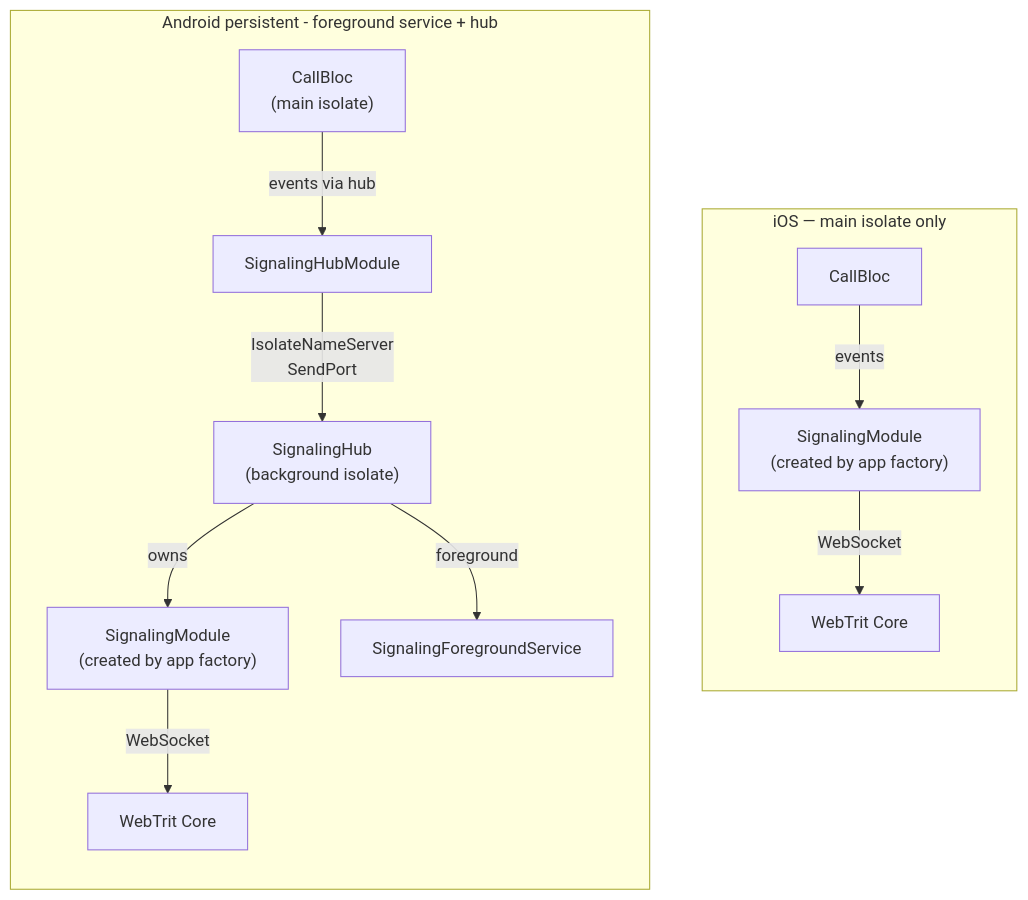
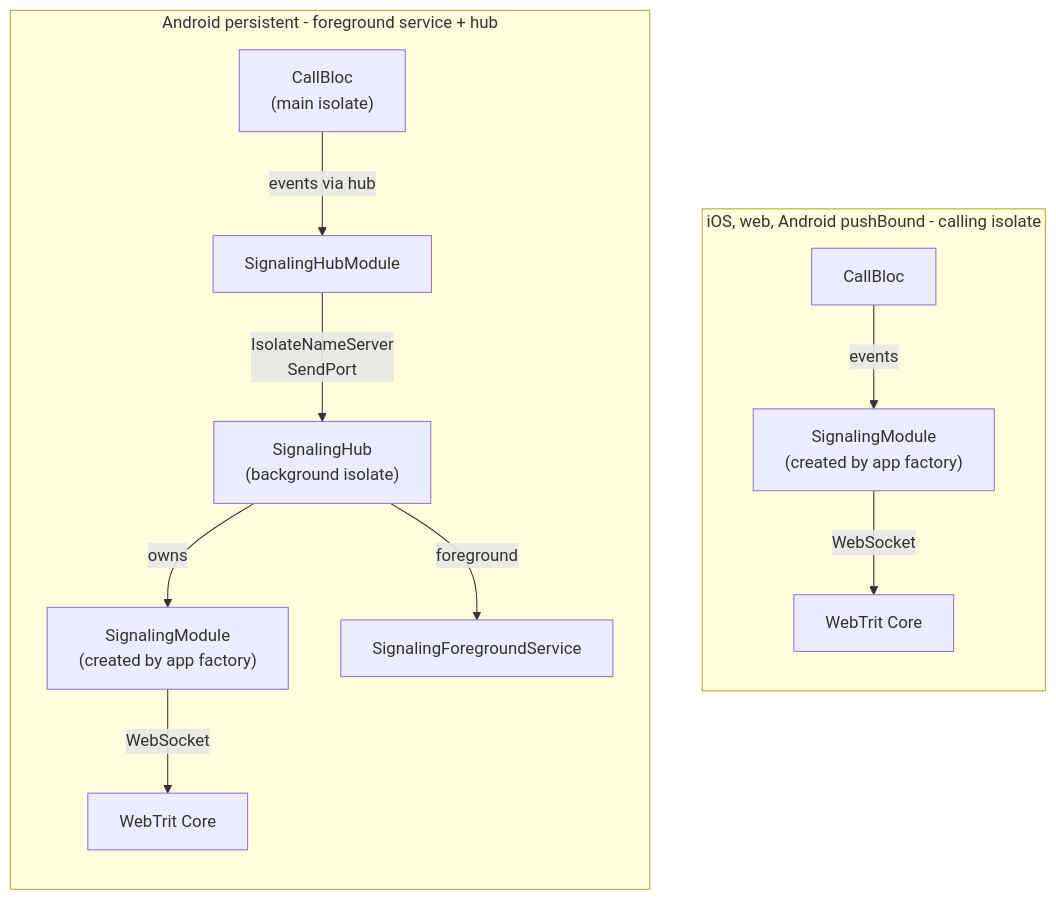
The third of 6 diagrams in phone/packages/signaling_service/ARCHITECTURE.md (portaone/porta-phone-mobile-app), drawn with Mermaid before and after one commit. The commit also changed other lines of this file and 43 other files, not shown here.

````diff
--- a/phone/packages/signaling_service/ARCHITECTURE.md
+++ b/phone/packages/signaling_service/ARCHITECTURE.md
@@ -65,17 +71,17 @@
 ```mermaid
 graph TD
-    subgraph iOS["iOS — main isolate only"]
+    subgraph Direct["iOS, web, Android pushBound - calling isolate"]
         direction TB
         ios_cb["CallBloc"] -->|events| ios_sm["SignalingModule\n(created by app factory)"]
         ios_sm -->|WebSocket| ios_srv["WebTrit Core"]
     end
 
     subgraph Android["Android persistent - foreground service + hub"]
         direction TB
         and_cb["CallBloc\n(main isolate)"] -->|events via hub| and_hm["SignalingHubModule"]
         and_hm -->|" IsolateNameServer\nSendPort "| and_hub["SignalingHub\n(background isolate)"]
         and_hub -->|owns| and_sm["SignalingModule\n(created by app factory)"]
         and_sm -->|WebSocket| and_srv["WebTrit Core"]
         and_hub -->|foreground| and_svc["SignalingForegroundService"]
     end
 ```
````
